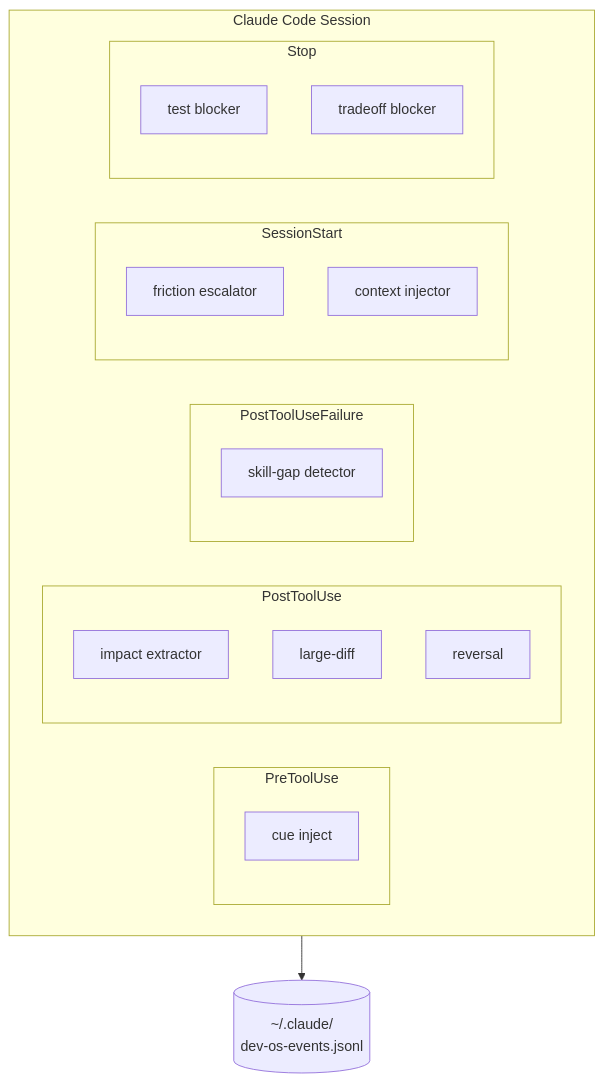
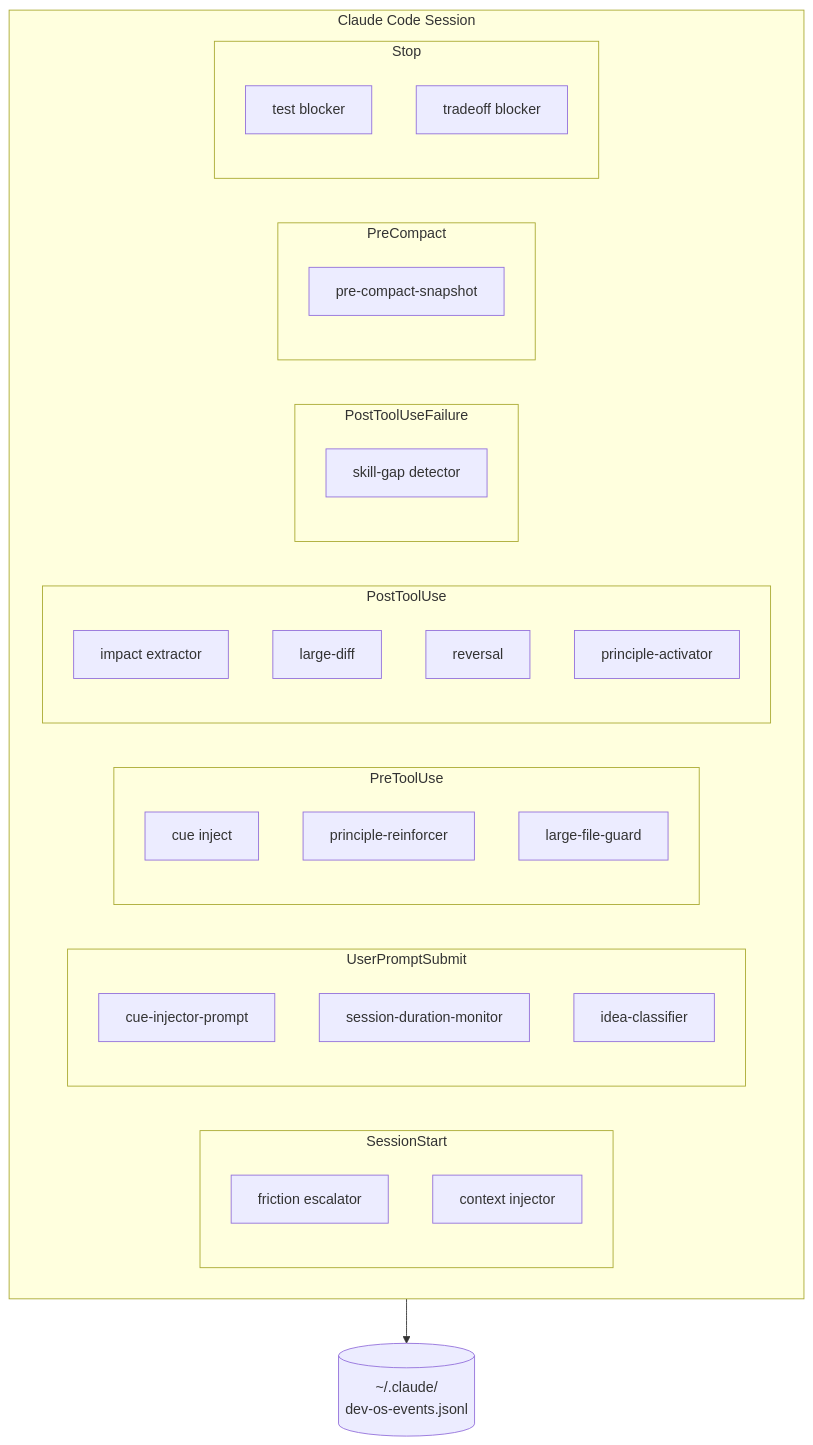
One commit to meaganewaller/weekly-reviews changed the first of 16 diagrams in data-capture.md. Above: the diagram before and after it, drawn with Mermaid. The commit also changed other lines of this file and 10 other files, not shown here.

First line of the commit message:
docs: Add session health, principle activation, and domain modeling documentation

```diff
--- a/data-capture.md
+++ b/data-capture.md
@@ -15,25 +15,36 @@
 {% mermaid %}
 flowchart TB
     subgraph session["Claude Code Session"]
+        subgraph start["SessionStart"]
+            P6[friction escalator]
+            P7[context injector]
+        end
+        subgraph prompt["UserPromptSubmit"]
+            P10[cue-injector-prompt]
+            P11[session-duration-monitor]
+            P12[idea-classifier]
+        end
         subgraph pre["PreToolUse"]
             P1[cue inject]
+            P13[principle-reinforcer]
+            P14[large-file-guard]
         end
         subgraph post["PostToolUse"]
             P2[impact extractor]
             P3[large-diff]
             P4[reversal]
+            P15[principle-activator]
         end
         subgraph fail["PostToolUseFailure"]
             P5[skill-gap detector]
         end
-        subgraph start["SessionStart"]
-            P6[friction escalator]
-            P7[context injector]
+        subgraph compact["PreCompact"]
+            P16[pre-compact-snapshot]
         end
         subgraph stop["Stop"]
             P8[test blocker]
             P9[tradeoff blocker]
         end
     end
     session --> DB[(~/.claude/<br/>dev-os-events.jsonl)]
 {% endmermaid %}
```
